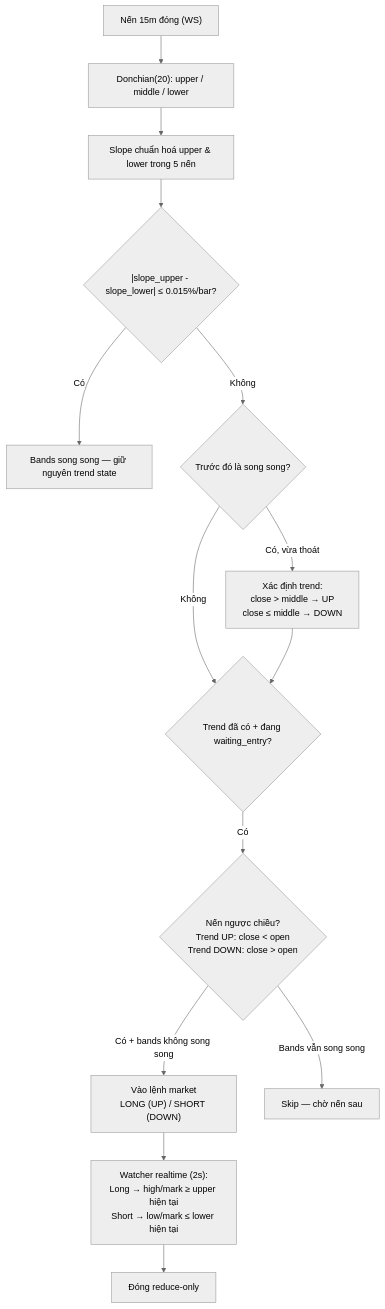
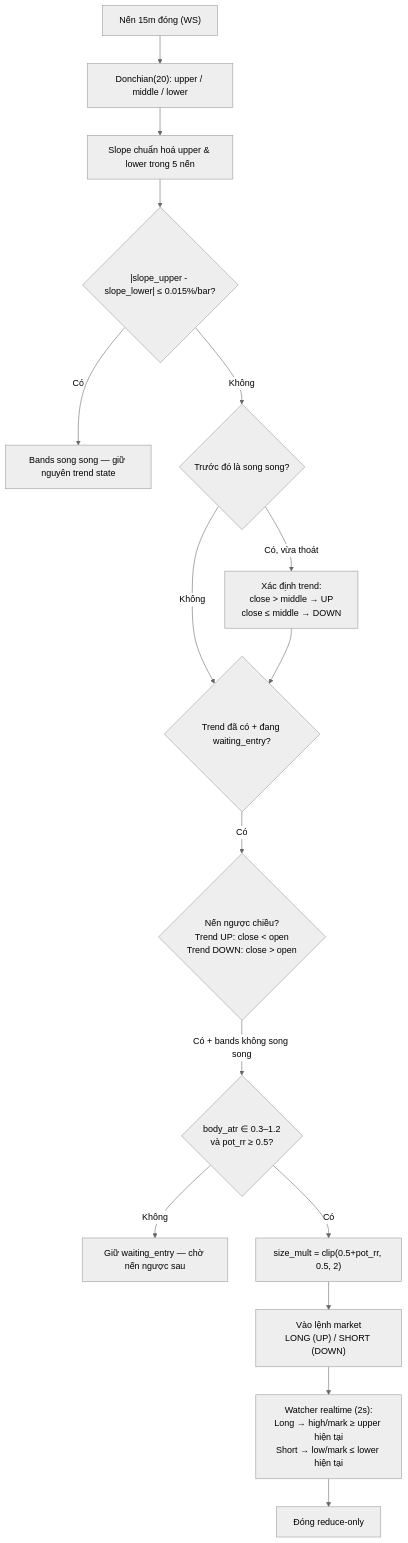
The second of 3 diagrams in docs/BOT_LOGIC.md (vnbees/ema-follow), drawn with Mermaid (neutral theme) before and after one commit. The commit also changed other lines of this file and 26 other files, not shown here.

````diff
--- a/docs/BOT_LOGIC.md
+++ b/docs/BOT_LOGIC.md
@@ -46,16 +48,18 @@
 ```mermaid
 flowchart TD
     kline["Nến 15m đóng (WS)"] --> dc["Donchian(20): upper / middle / lower"]
     dc --> slope["Slope chuẩn hoá upper & lower trong 5 nến"]
     slope --> parallel{"|slope_upper - slope_lower| ≤ 0.015%/bar?"}
     parallel -->|Có| wait["Bands song song — giữ nguyên trend state"]
     parallel -->|Không| exit_check{"Trước đó là song song?"}
     exit_check -->|Có, vừa thoát| trend["Xác định trend:\nclose > middle → UP\nclose ≤ middle → DOWN"]
     exit_check -->|Không| entry_check
     trend --> entry_check{"Trend đã có + đang waiting_entry?"}
     entry_check -->|Có| counter{"Nến ngược chiều?\nTrend UP: close < open\nTrend DOWN: close > open"}
-    counter -->|Có + bands không song song| open["Vào lệnh market\nLONG (UP) / SHORT (DOWN)"]
-    counter -->|Bands vẫn song song| skip["Skip — chờ nến sau"]
+    counter -->|Có + bands không song song| filt{"body_atr ∈ 0.3–1.2\nvà pot_rr ≥ 0.5?"}
+    filt -->|Không| keepWait["Giữ waiting_entry — chờ nến ngược sau"]
+    filt -->|Có| size["size_mult = clip(0.5+pot_rr, 0.5, 2)"]
+    size --> open["Vào lệnh market\nLONG (UP) / SHORT (DOWN)"]
     open --> tp["Watcher realtime (2s):\nLong → high/mark ≥ upper hiện tại\nShort → low/mark ≤ lower hiện tại"]
     tp --> close["Đóng reduce-only"]
 ```
````
